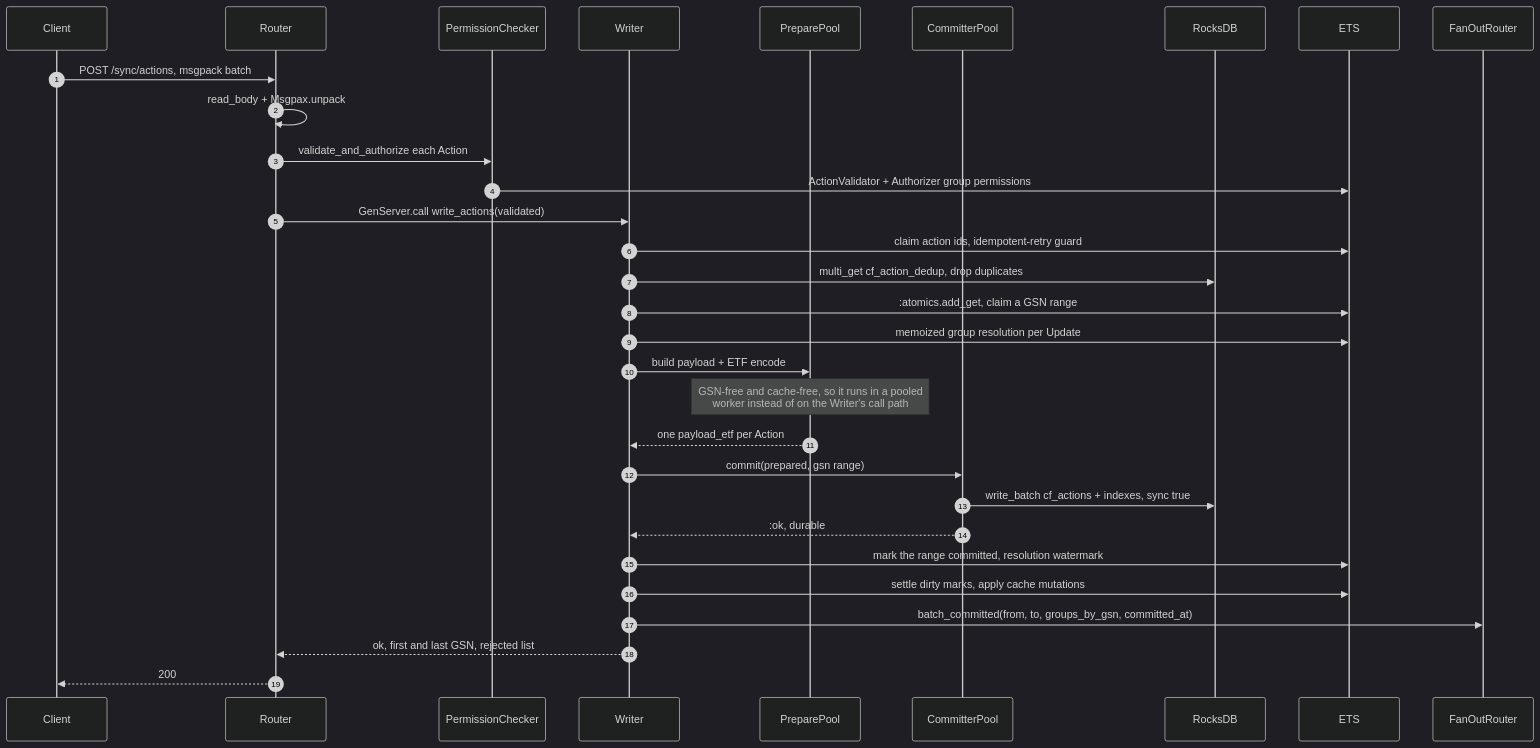
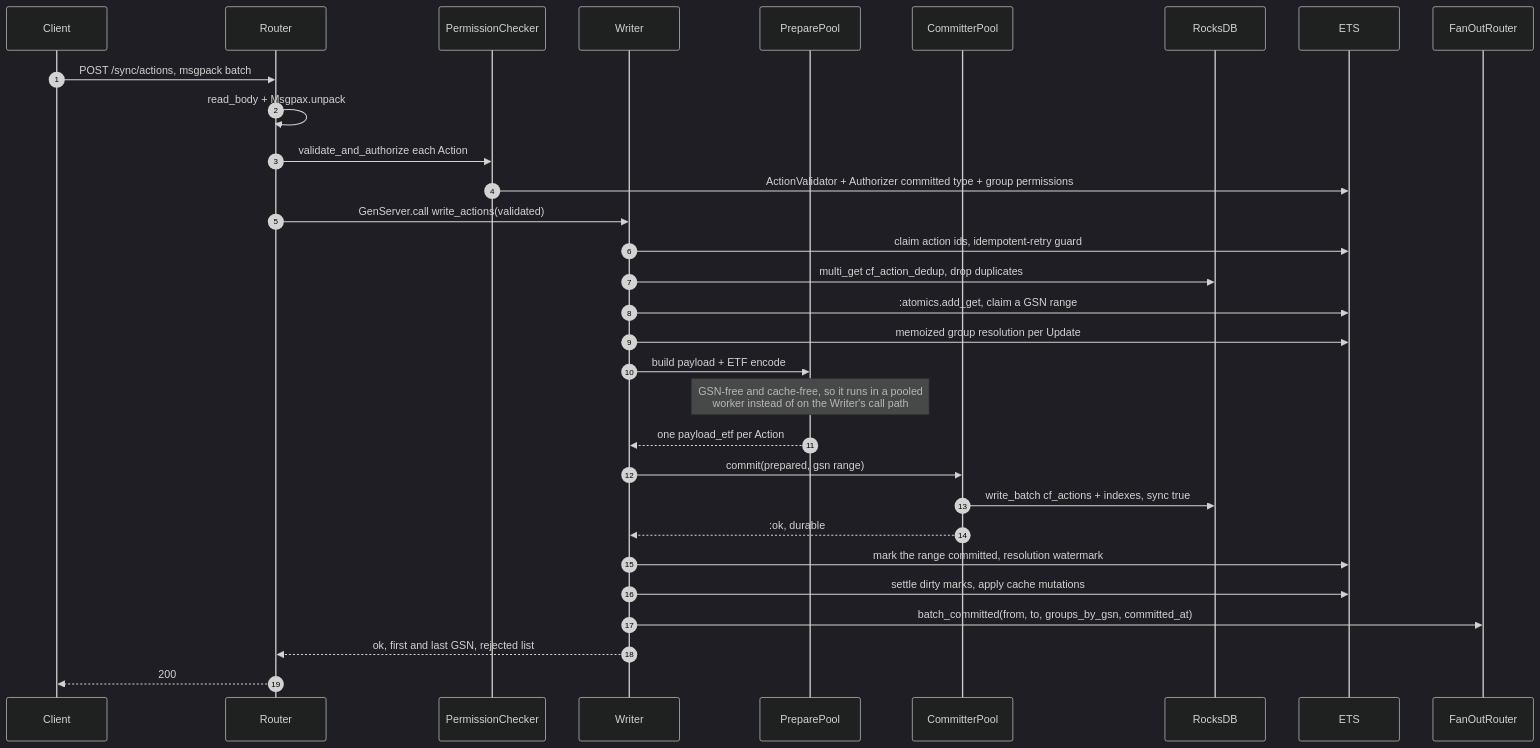
One commit to ebbjs/ebbjs changed the second of 6 diagrams in ebb_server/README.md. Above: the diagram before and after it, drawn with Mermaid (dark theme). The commit also changed 10 other files, not shown here.

First line of the commit message:
fix(ebb_server): gate entity writes on the committed type (#624)

````diff
--- a/ebb_server/README.md
+++ b/ebb_server/README.md
@@ -302,36 +302,36 @@
 ```mermaid
 sequenceDiagram
   autonumber
   participant C as Client
   participant R as Router
   participant P as PermissionChecker
   participant W as Writer
   participant PP as PreparePool
   participant CP as CommitterPool
   participant DB as RocksDB
   participant E as ETS
   participant F as FanOutRouter
 
   C->>R: POST /sync/actions, msgpack batch
   R->>R: read_body + Msgpax.unpack
   R->>P: validate_and_authorize each Action
-  P->>E: ActionValidator + Authorizer group permissions
+  P->>E: ActionValidator + Authorizer committed type + group permissions
   R->>W: GenServer.call write_actions(validated)
 
   W->>E: claim action ids, idempotent-retry guard
   W->>DB: multi_get cf_action_dedup, drop duplicates
   W->>E: :atomics.add_get, claim a GSN range
   W->>E: memoized group resolution per Update
   W->>PP: build payload + ETF encode
   Note over PP: GSN-free and cache-free, so it runs in a pooled<br/>worker instead of on the Writer's call path
   PP-->>W: one payload_etf per Action
   W->>CP: commit(prepared, gsn range)
   CP->>DB: write_batch cf_actions + indexes, sync true
   CP-->>W: :ok, durable
 
   W->>E: mark the range committed, resolution watermark
   W->>E: settle dirty marks, apply cache mutations
   W->>F: batch_committed(from, to, groups_by_gsn, committed_at)
   W-->>R: ok, first and last GSN, rejected list
   R-->>C: 200
 ```
````
